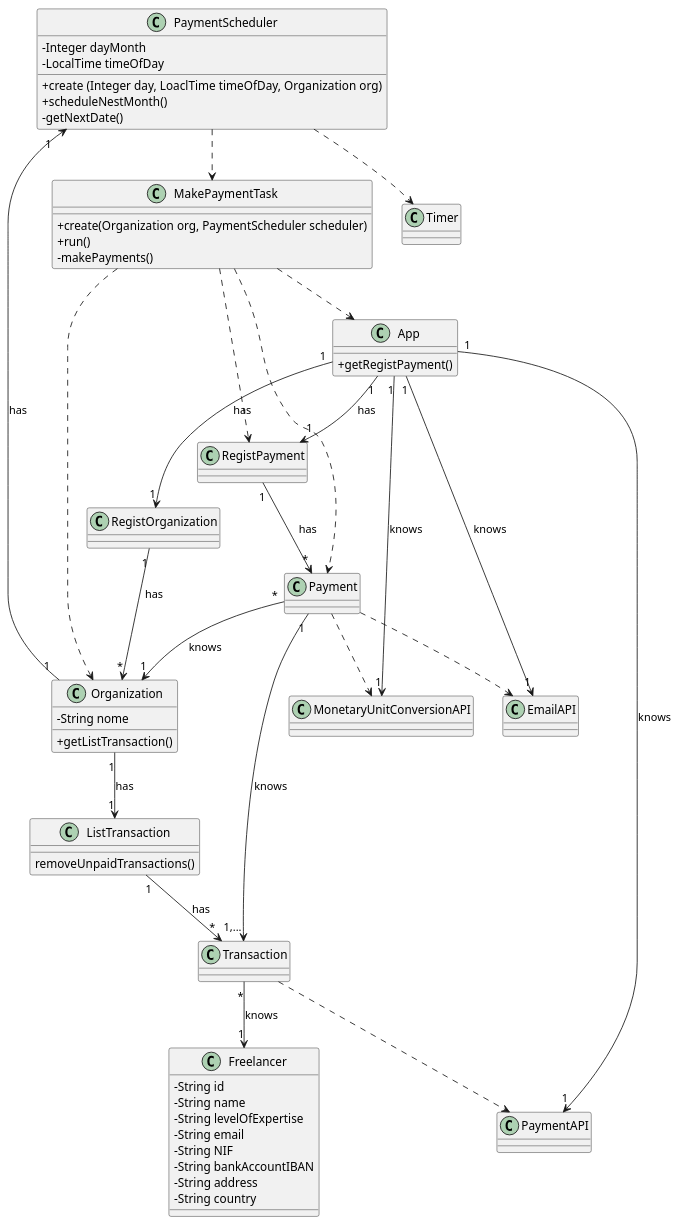
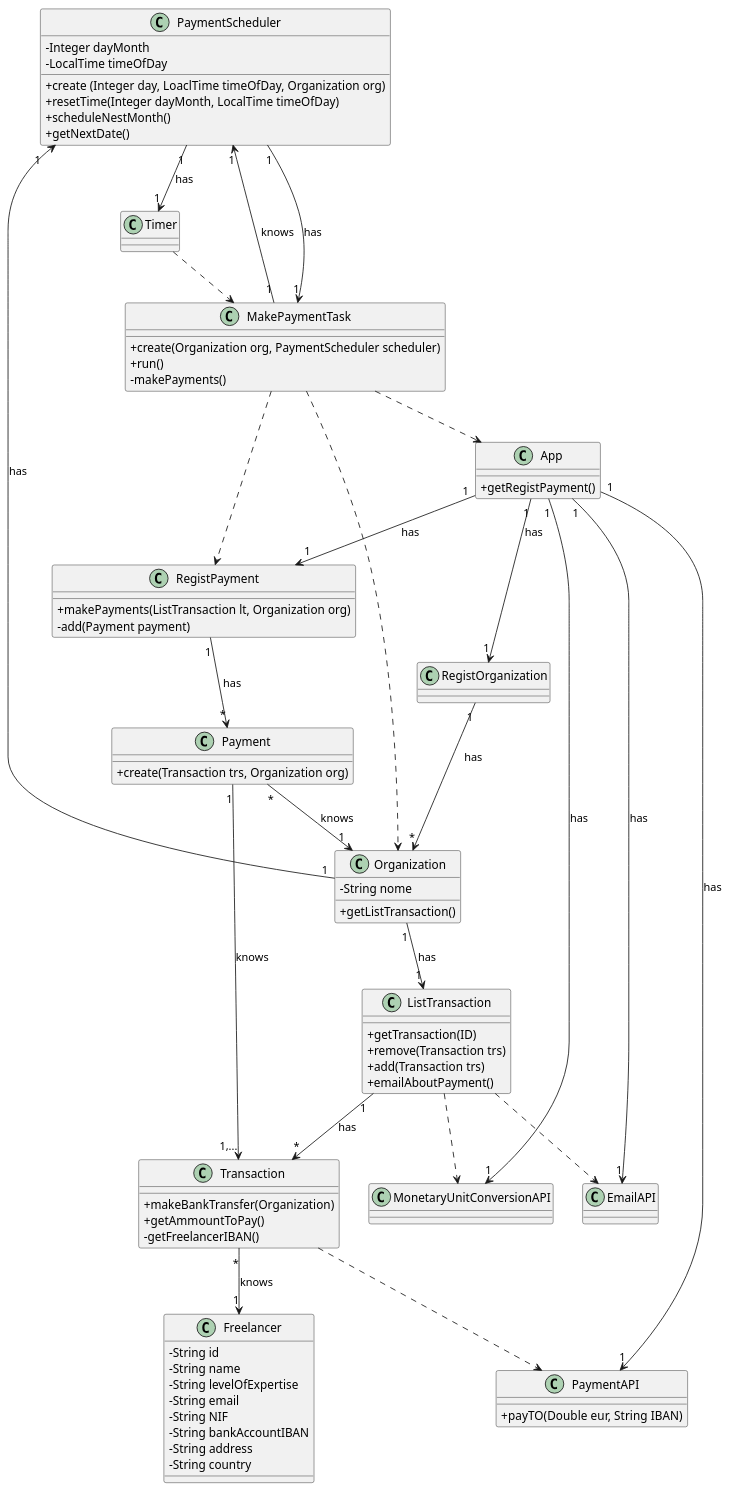
The diagram in docs/UC_06/CD.puml (botelho-io/lapr2-2020-g029), drawn with PlantUML before and after one commit. The commit also changed 9 other files, not shown here.

```diff
--- a/docs/UC_06/CD.puml
+++ b/docs/UC_06/CD.puml
@@ -1,74 +1,99 @@
 @startuml CD
 skinparam classAttributeIconSize 0
 top to bottom direction
 
 class PaymentScheduler {
         - Integer dayMonth
         - LocalTime timeOfDay
         + create (Integer day, LoaclTime timeOfDay, Organization org)
+        + resetTime(Integer dayMonth, LocalTime timeOfDay)
         + scheduleNestMonth()
-        - getNextDate()
+        + getNextDate()
 }
 
 class MakePaymentTask {
         + create(Organization org, PaymentScheduler scheduler)
         + run()
         - makePayments()
 }
 
+class App {
+        + getRegistPayment()
+}
 
-class Transaction {
+class PaymentAPI {
+        + payTO(Double eur, String IBAN)
+}
+
+class EmailAPI {
 
 }
 
+class MonetaryUnitConversionAPI {
+
+}
 
 class Organization {
         - String nome
         + getListTransaction()
 }
 
 class ListTransaction {
-        removeUnpaidTransactions()
+        + getTransaction(ID)
+        + remove(Transaction trs)
+        + add(Transaction trs)
+        + emailAboutPayment()
 }
 
-class App {
-        + getRegistPayment()
+class Transaction {
+        + makeBankTransfer(Organization)
+        + getAmmountToPay()
+        - getFreelancerIBAN()
 }
 
 class Freelancer {
         - String id
         - String name
         - String levelOfExpertise
         - String email
         - String NIF
         - String bankAccountIBAN
         - String address
         - String country
 }
 
-MakePaymentTask ..> Organization
-MakePaymentTask ..> App
-MakePaymentTask ..> RegistPayment
-MakePaymentTask ..> Payment
+class RegistPayment {
+        + makePayments(ListTransaction lt, Organization org)
+        - add(Payment payment)
+}
 
-PaymentScheduler ..> Timer
-PaymentScheduler ..> MakePaymentTask
+class Payment {
+        + create(Transaction trs, Organization org)
+}
 
-App "1" --> "1" RegistPayment : has
-App "1" --> "1" RegistOrganization : has
-Organization "1" --> "1" ListTransaction : has
+
+App                          "1" --> "1"      EmailAPI                  : has
+App                          "1" --> "1"      PaymentAPI                : has
+App                          "1" --> "1"      RegistPayment             : has
+App                          "1" --> "1"      RegistOrganization        : has
+App                          "1" --> "1"      MonetaryUnitConversionAPI : has
+Timer                            ..>          MakePaymentTask
 Payment                      "1" --> "1,..."  Transaction               : knows
-Payment                          ..>          EmailAPI
+Payment                      "*" --> "1"      Organization              : knows
 Transaction                      ..>          PaymentAPI
-Payment                          ..>          MonetaryUnitConversionAPI
 Transaction                  "*" --> "1"      Freelancer                : knows
+Organization                 "1" --> "1"      ListTransaction           : has
 Organization                 "1" --> "1"      PaymentScheduler          : has
-Payment                      "*" --> "1"      Organization              : knows
+RegistPayment                "1" --> "*"      Payment                   : has
+MakePaymentTask                  ..>          App
+MakePaymentTask                  ..>          Organization
+MakePaymentTask                  ..>          RegistPayment
+MakePaymentTask              "1" --> "1"      PaymentScheduler          : knows
+ListTransaction                  ..>          EmailAPI
 ListTransaction              "1" --> "*"      Transaction               : has
-App                          "1" --> "1"      MonetaryUnitConversionAPI : knows
+ListTransaction                  ..>          MonetaryUnitConversionAPI
+PaymentScheduler             "1" --> "1"      Timer                     : has
+PaymentScheduler             "1" --> "1"      MakePaymentTask           : has
 RegistOrganization           "1" --> "*"      Organization              : has
-App                          "1" --> "1"      EmailAPI                  : knows
-App                          "1" --> "1"      PaymentAPI                : knows
-RegistPayment                "1" --> "*"      Payment                   : has
 
 @enduml
```
